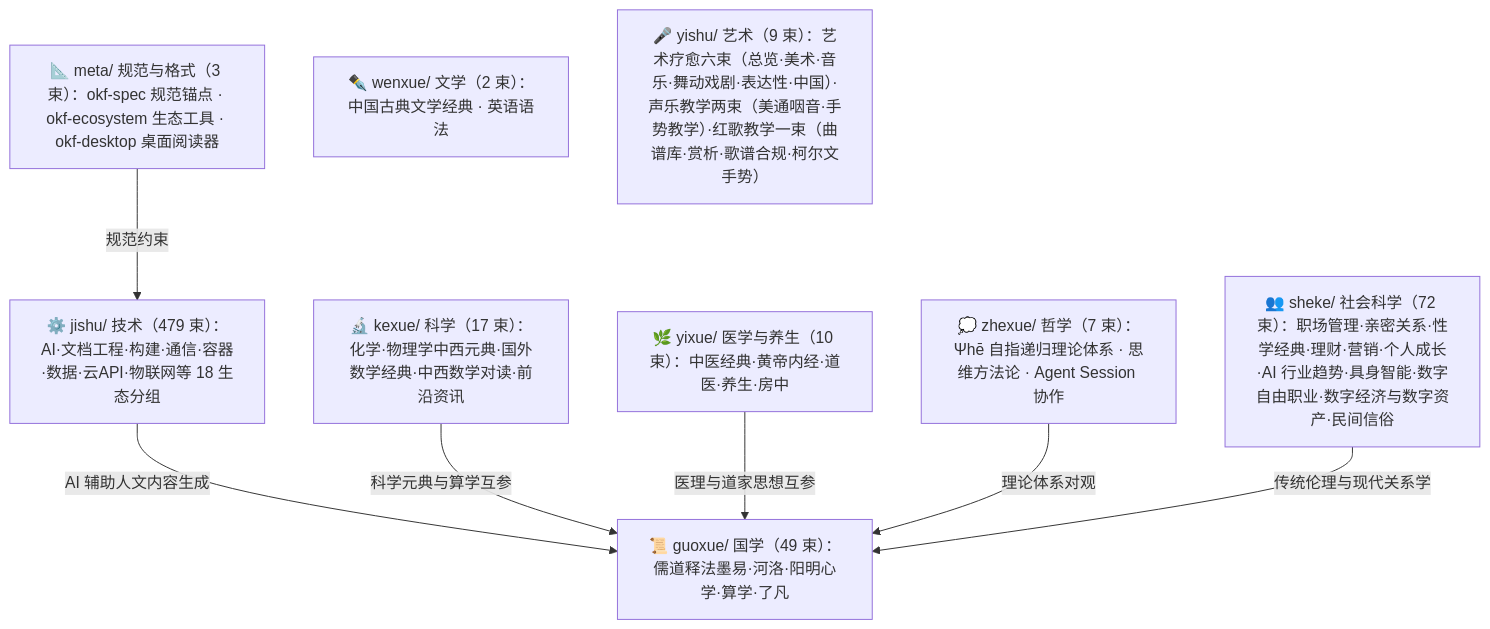
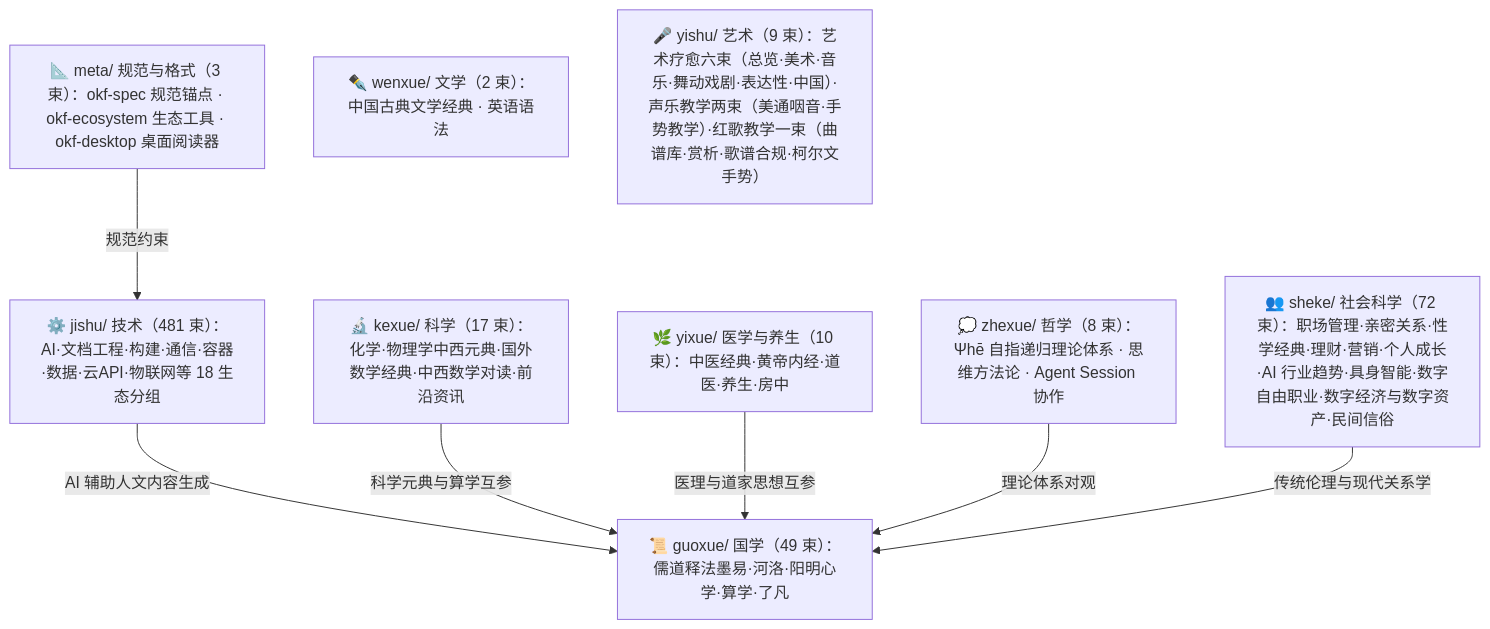
Before and after one commit to awesome-flexloop/awesome-okf: the diagram in doc/bundles/index.md, drawn with Mermaid. The commit also changed other lines of this file and 50 other files, not shown here.

````diff
--- a/doc/bundles/index.md
+++ b/doc/bundles/index.md
@@ -21,18 +21,18 @@
 ```mermaid
 flowchart TD
     meta["📐 meta/ 规范与格式（3 束）：okf-spec 规范锚点 · okf-ecosystem 生态工具 · okf-desktop 桌面阅读器"]
     guoxue["📜 guoxue/ 国学（49 束）：儒道释法墨易·河洛·阳明心学·算学·了凡"]
-    zhexue["💭 zhexue/ 哲学（7 束）：Ψhē 自指递归理论体系 · 思维方法论 · Agent Session 协作"]
+    zhexue["💭 zhexue/ 哲学（8 束）：Ψhē 自指递归理论体系 · 思维方法论 · Agent Session 协作"]
     kexue["🔬 kexue/ 科学（17 束）：化学·物理学中西元典·国外数学经典·中西数学对读·前沿资讯"]
     wenxue["✒️ wenxue/ 文学（2 束）：中国古典文学经典 · 英语语法"]
     yixue["🌿 yixue/ 医学与养生（10 束）：中医经典·黄帝内经·道医·养生·房中"]
     sheke["👥 sheke/ 社会科学（72 束）：职场管理·亲密关系·性学经典·理财·营销·个人成长·AI 行业趋势·具身智能·数字自由职业·数字经济与数字资产·民间信俗"]
     yishu["🎤 yishu/ 艺术（9 束）：艺术疗愈六束（总览·美术·音乐·舞动戏剧·表达性·中国）·声乐教学两束（美通咽音·手势教学）·红歌教学一束（曲谱库·赏析·歌谱合规·柯尔文手势）"]
-    jishu["⚙️ jishu/ 技术（479 束）：AI·文档工程·构建·通信·容器·数据·云API·物联网等 18 生态分组"]
+    jishu["⚙️ jishu/ 技术（481 束）：AI·文档工程·构建·通信·容器·数据·云API·物联网等 18 生态分组"]
     meta -->|"规范约束"| jishu
     jishu -->|"AI 辅助人文内容生成"| guoxue
     kexue -->|"科学元典与算学互参"| guoxue
     yixue -->|"医理与道家思想互参"| guoxue
     zhexue -->|"理论体系对观"| guoxue
     sheke -->|"传统伦理与现代关系学"| guoxue
 ```
````
